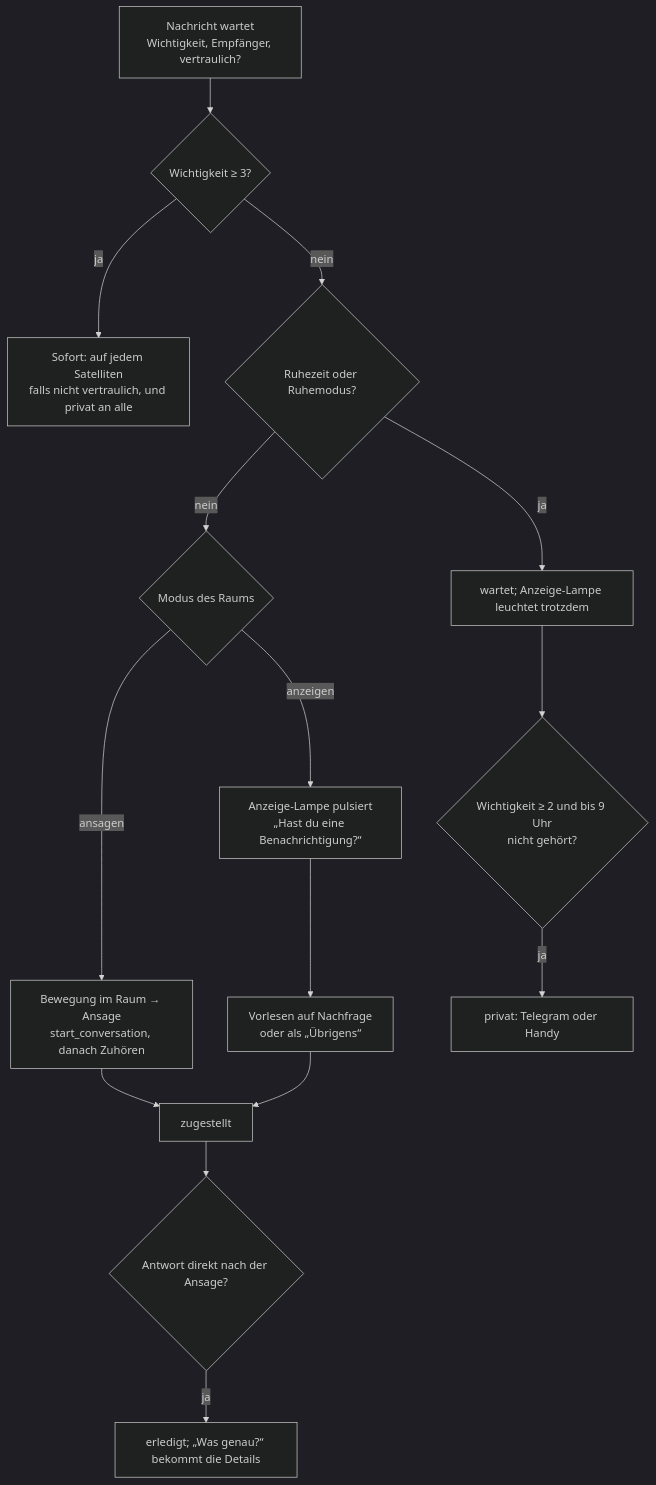
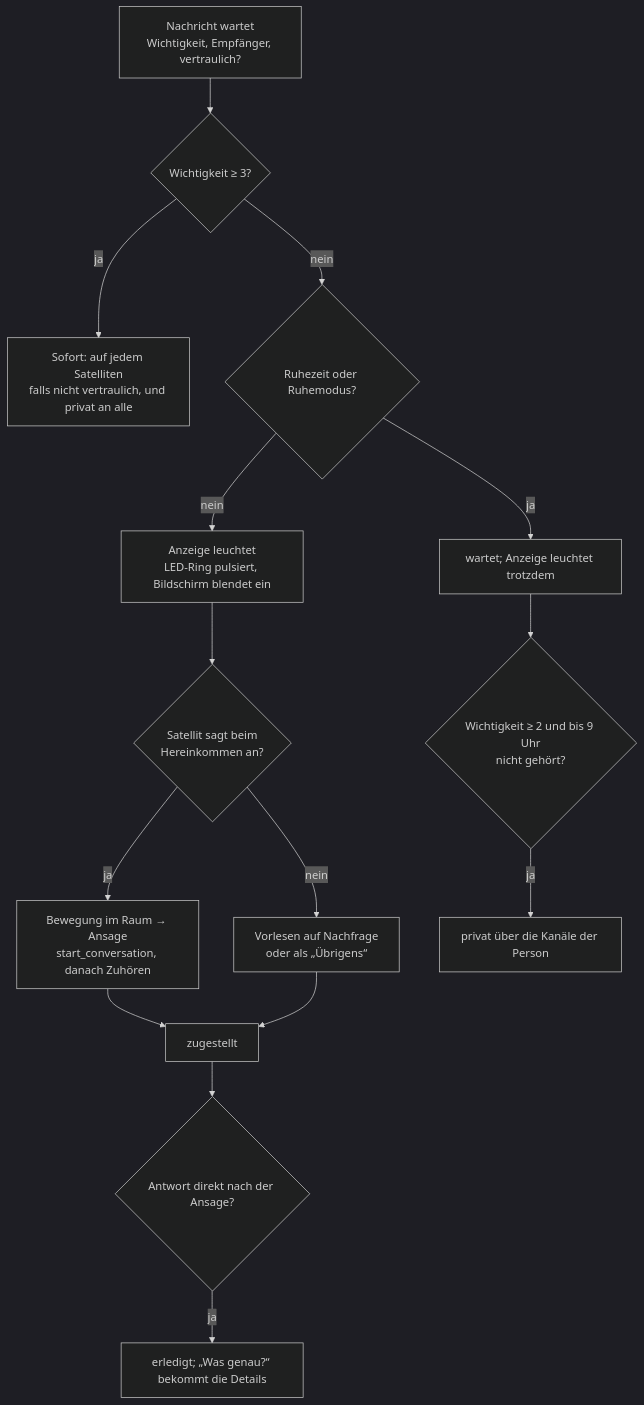
The fifth of 6 diagrams in docs/system.md (miraassist/mira), drawn with Mermaid (dark theme) before and after one commit. The commit also changed other lines of this file and 20 other files, not shown here.

Commit message:
Doku auf Stand 0.6.9: Satelliten statt Räume, Kanäle der Person statt Telegram/Push, Anzeige statt Lampe, Ablauf der Zustellung ohne Raum-Modus, Telegram-Gespräch ohne Zeitgrenze; Screenshots neu (Nachrichten, Aufgaben, Benachrichtigung, Gerät, Integration, Personen-Einstellungen)

````diff
--- a/docs/system.md
+++ b/docs/system.md
@@ -248,16 +248,17 @@
 ```mermaid
 flowchart TD
     Q[Nachricht wartet<br/>Wichtigkeit, Empfänger, vertraulich?] --> U{Wichtigkeit ≥ 3?}
     U -->|ja| NOW[Sofort: auf jedem Satelliten<br/>falls nicht vertraulich, und privat an alle]
     U -->|nein| QH{Ruhezeit oder Ruhemodus?}
-    QH -->|ja| WAIT[wartet; Anzeige-Lampe leuchtet trotzdem]
-    QH -->|nein| MODE{Modus des Raums}
-    MODE -->|ansagen| MOT[Bewegung im Raum → Ansage<br/>start_conversation, danach Zuhören]
-    MODE -->|anzeigen| IND[Anzeige-Lampe pulsiert<br/>„Hast du eine Benachrichtigung?“]
+    QH -->|ja| WAIT[wartet; Anzeige leuchtet trotzdem]
+    QH -->|nein| IND[Anzeige leuchtet<br/>LED-Ring pulsiert, Bildschirm blendet ein]
+    IND --> MODE{Satellit sagt beim<br/>Hereinkommen an?}
+    MODE -->|ja| MOT[Bewegung im Raum → Ansage<br/>start_conversation, danach Zuhören]
+    MODE -->|nein| ASK[Vorlesen auf Nachfrage<br/>oder als „Übrigens“]
     MOT --> HEARD[zugestellt]
-    IND --> ASK[Vorlesen auf Nachfrage<br/>oder als „Übrigens“] --> HEARD
+    ASK --> HEARD
     WAIT --> ESC{Wichtigkeit ≥ 2 und bis 9 Uhr<br/>nicht gehört?}
-    ESC -->|ja| PRIV[privat: Telegram oder Handy]
+    ESC -->|ja| PRIV[privat über die Kanäle der Person]
     HEARD --> FU{Antwort direkt nach der Ansage?}
     FU -->|ja| ACK[erledigt; „Was genau?“ bekommt die Details]
 ```
````
